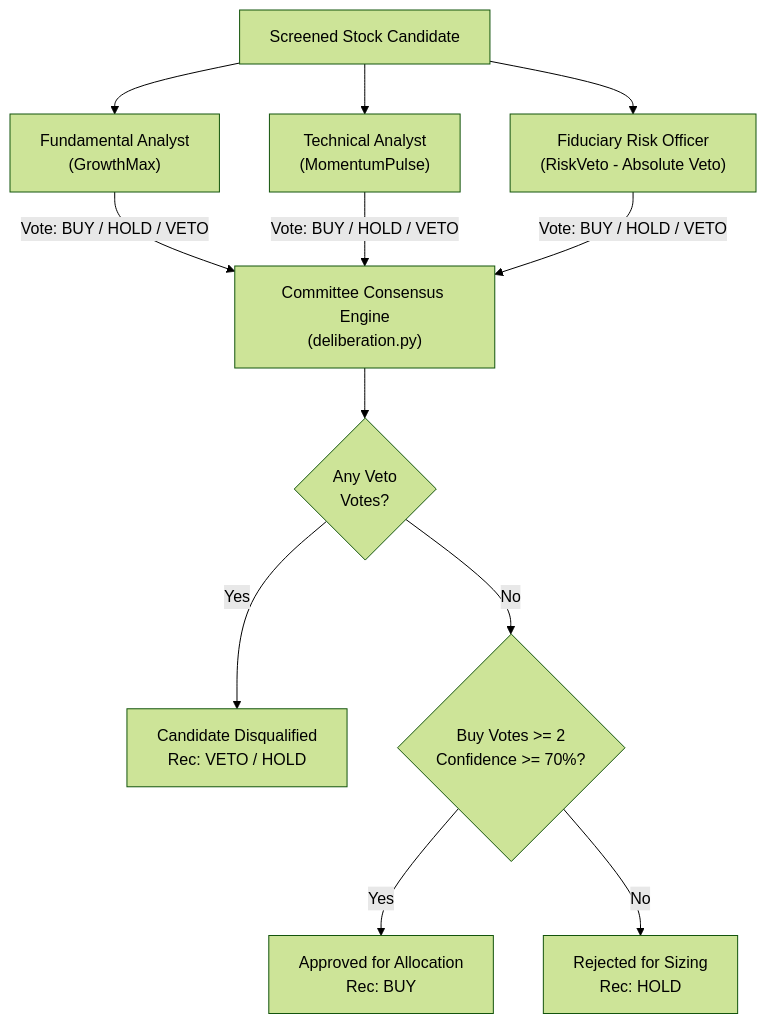
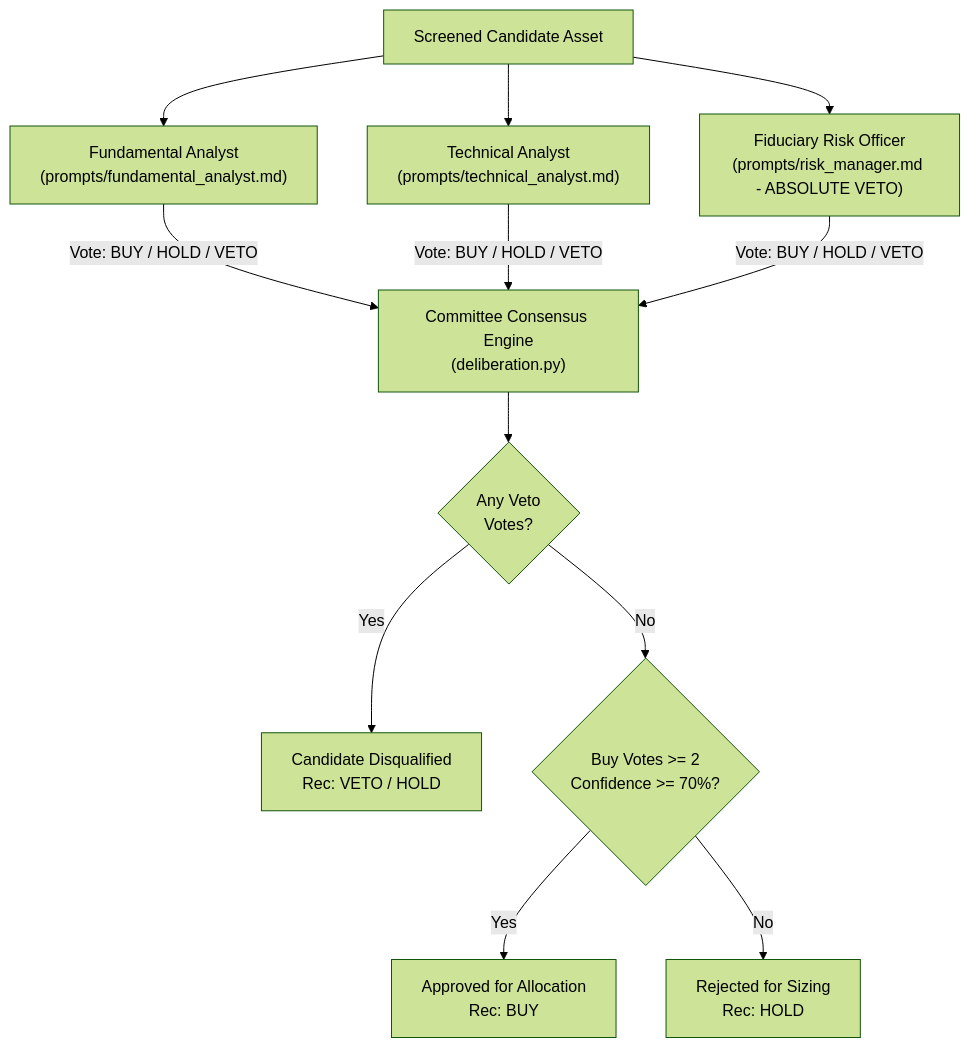
The diagram in docs/adversarial_review.md (kevinhayesanderson/autonomous-trading-agent), drawn with Mermaid (forest theme) before and after one commit. The commit also changed other lines of this file and 7 other files, not shown here.

````diff
--- a/docs/adversarial_review.md
+++ b/docs/adversarial_review.md
@@ -39,16 +74,16 @@
 ```mermaid
 flowchart TD
-    Candidate["Screened Stock Candidate"] --> Fundamental["Fundamental Analyst<br/>(GrowthMax)"]
-    Candidate --> Technical["Technical Analyst<br/>(MomentumPulse)"]
-    Candidate --> Risk["Fiduciary Risk Officer<br/>(RiskVeto - Absolute Veto)"]
+    Candidate["Screened Candidate Asset"] --> Fundamental["Fundamental Analyst<br/>(prompts/fundamental_analyst.md)"]
+    Candidate --> Technical["Technical Analyst<br/>(prompts/technical_analyst.md)"]
+    Candidate --> Risk["Fiduciary Risk Officer<br/>(prompts/risk_manager.md - ABSOLUTE VETO)"]
     
     Fundamental -->|"Vote: BUY / HOLD / VETO"| Synthesis["Committee Consensus Engine<br/>(deliberation.py)"]
     Technical -->|"Vote: BUY / HOLD / VETO"| Synthesis
     Risk -->|"Vote: BUY / HOLD / VETO"| Synthesis
     
     Synthesis --> CheckVeto{"Any Veto<br/>Votes?"}
     CheckVeto -- Yes --> Vetoed["Candidate Disqualified<br/>Rec: VETO / HOLD"]
     CheckVeto -- No --> Quorum{"Buy Votes >= 2<br/>Confidence >= 70%?"}
     Quorum -- Yes --> Approved["Approved for Allocation<br/>Rec: BUY"]
     Quorum -- No --> Rejected["Rejected for Sizing<br/>Rec: HOLD"]
 ```
````
